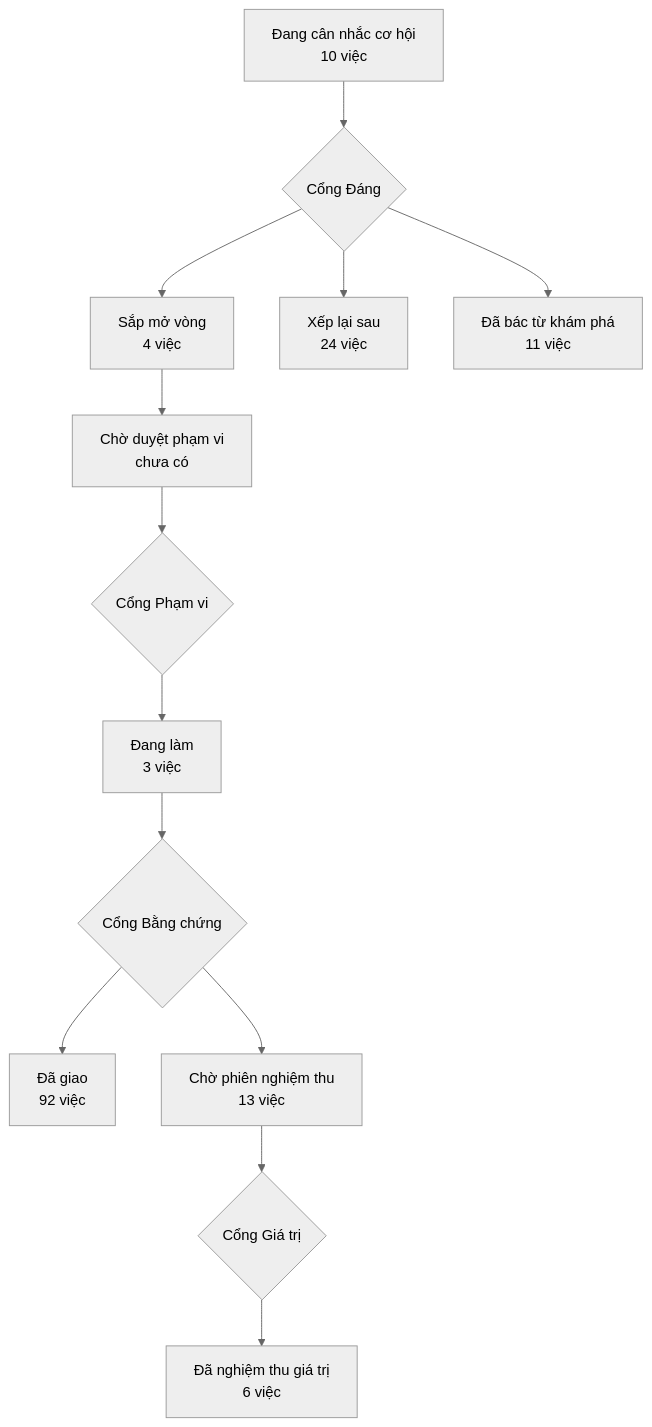
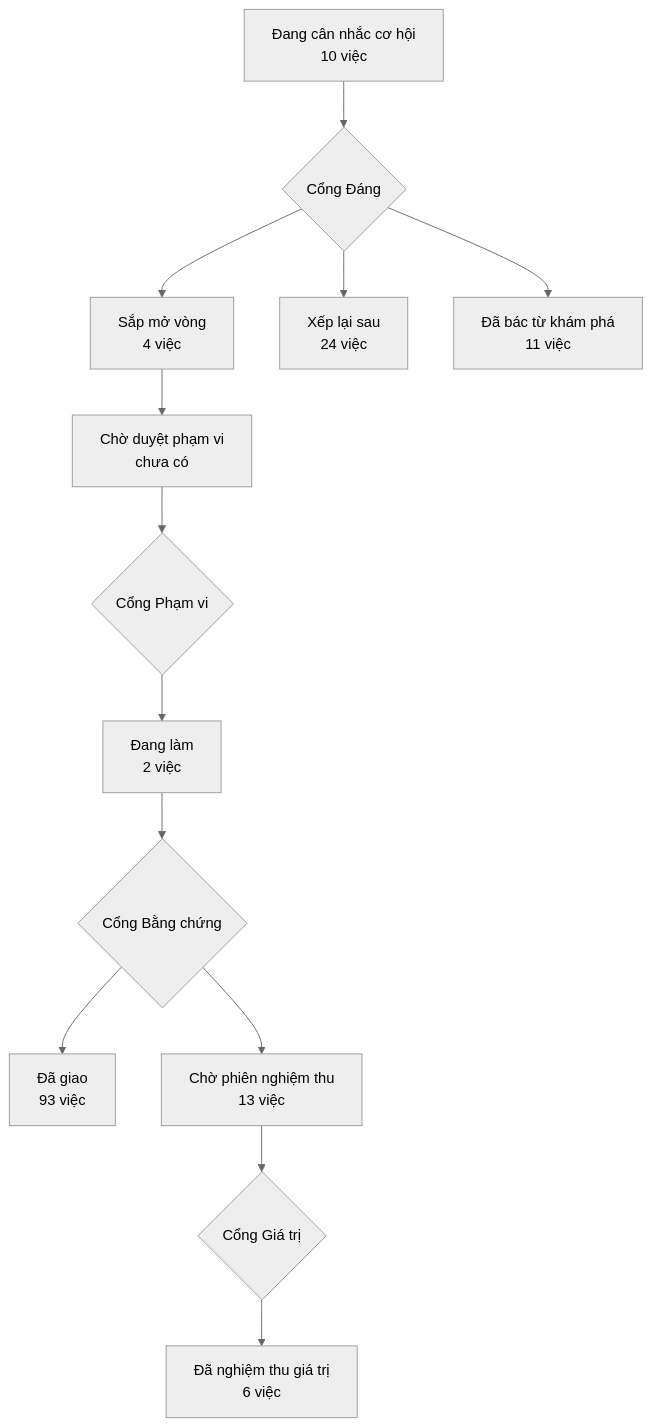
Before and after one commit to phanlemanh/acceptance-gate-kit: the diagram in PRODUCT-MAP.md, drawn with Mermaid (neutral theme). The commit also changed 5 other files, not shown here.

````diff
--- a/PRODUCT-MAP.md
+++ b/PRODUCT-MAP.md
@@ -6,12 +6,12 @@
 ```mermaid
 flowchart TD
   A["Đang cân nhắc cơ hội<br/>10 việc"] --> GD{"Cổng Đáng"}
   GD --> B["Sắp mở vòng<br/>4 việc"]
   GD --> XL["Xếp lại sau<br/>24 việc"]
   GD --> DB["Đã bác từ khám phá<br/>11 việc"]
   B --> CD["Chờ duyệt phạm vi<br/>chưa có"] --> GP{"Cổng Phạm vi"}
-  GP --> DL["Đang làm<br/>3 việc"] --> GB{"Cổng Bằng chứng"}
-  GB --> DG["Đã giao<br/>92 việc"]
+  GP --> DL["Đang làm<br/>2 việc"] --> GB{"Cổng Bằng chứng"}
+  GB --> DG["Đã giao<br/>93 việc"]
   GB --> CN["Chờ phiên nghiệm thu<br/>13 việc"] --> GG{"Cổng Giá trị"}
   GG --> NT["Đã nghiệm thu giá trị<br/>6 việc"]
 ```
````
